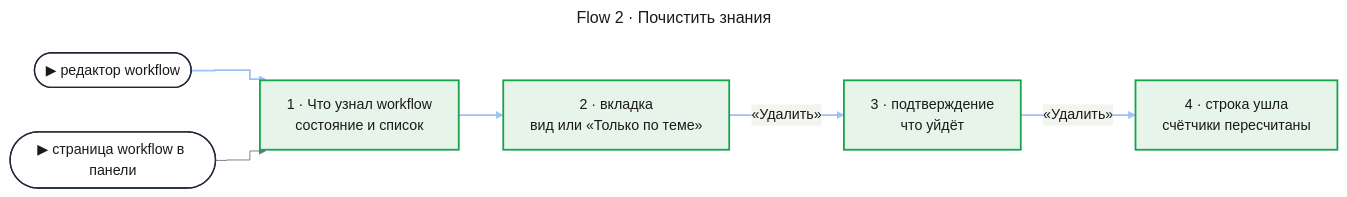
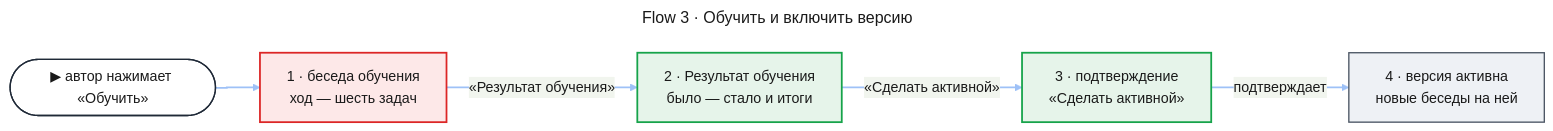
One commit to tundraray/agent-os changed the second of 3 diagrams in docs/features/self-learning/uxrd.md. Above: the diagram before and after it, drawn with Mermaid. The commit also changed other lines of this file and 1225 other files, not shown here.

````diff
--- a/docs/features/self-learning/uxrd.md
+++ b/docs/features/self-learning/uxrd.md
@@ -106,41 +109,43 @@
 ```mermaid
 ---
-title: "Flow 2 · Почистить знания"
+title: "Flow 3 · Обучить и включить версию"
 config:
   theme: base
   look: classic
   themeVariables:
     primaryColor: "#eef1f5"
     primaryBorderColor: "#4b5563"
     primaryTextColor: "#1a1a1a"
     lineColor: "#6b7280"
   flowchart:
     curve: step
   themeCSS: |
-    @keyframes litr_sl2{0%,22.5%{stroke:#1d4ed8;stroke-width:6px}25%,100%{stroke:#9ec1f7;stroke-width:2px}}
+    @keyframes litr_slf2{0%,22.5%{stroke:#1d4ed8;stroke-width:6px}25%,100%{stroke:#9ec1f7;stroke-width:2px}}
 ---
 flowchart LR
-    editor(["▶ редактор workflow"])
-    panel(["▶ страница workflow в панели"])
-    screen["1 · Что узнал workflow<br/>состояние и список"]
-    tab["2 · вкладка<br/>вид или «Только по теме»"]
-    confirm["3 · подтверждение<br/>что уйдёт"]
-    done["4 · строка ушла<br/>счётчики пересчитаны"]
-    editor e1@--> screen
-    panel --> screen
-    screen e2@--> tab
-    tab e3@-->|"«Удалить»"| confirm
-    confirm e4@-->|"«Удалить»"| done
+    entry(["▶ автор нажимает «Обучить»"])
+    conv["1 · беседа обучения<br/>ход — шесть задач"]
+    result["2 · Результат обучения<br/>было — стало и итоги"]
+    dialog["3 · подтверждение<br/>«Сделать активной»"]
+    active["4 · версия активна<br/>новые беседы на ней"]
+    entry e1@--> conv
+    conv e2@-->|"«Результат обучения»"| result
+    result e3@-->|"«Сделать активной»"| dialog
+    dialog e4@-->|"подтверждает"| active
     classDef entry fill:#ffffff,stroke:#1f2937,stroke-width:1.5px,color:#1a1a1a
+    classDef changed fill:#fde8e8,stroke:#dc2626,stroke-width:2px,color:#1a1a1a
     classDef new fill:#e6f4ea,stroke:#16a34a,stroke-width:2px,color:#1a1a1a
-    classDef r1 stroke:#9ec1f7,stroke-width:2px,animation:litr_sl2 4.8s linear 0s infinite
-    classDef r2 stroke:#9ec1f7,stroke-width:2px,animation:litr_sl2 4.8s linear 1.2s infinite
-    classDef r3 stroke:#9ec1f7,stroke-width:2px,animation:litr_sl2 4.8s linear 2.4s infinite
-    classDef r4 stroke:#9ec1f7,stroke-width:2px,animation:litr_sl2 4.8s linear 3.6s infinite
-    class editor,panel entry
-    class screen,tab,confirm,done new
+    classDef unchanged fill:#eef1f5,stroke:#4b5563,stroke-width:1.5px,color:#1a1a1a
+    classDef r1 stroke:#9ec1f7,stroke-width:2px,animation:litr_slf2 4.8s linear 0s infinite
+    classDef r2 stroke:#9ec1f7,stroke-width:2px,animation:litr_slf2 4.8s linear 1.2s infinite
+    classDef r3 stroke:#9ec1f7,stroke-width:2px,animation:litr_slf2 4.8s linear 2.4s infinite
+    classDef r4 stroke:#9ec1f7,stroke-width:2px,animation:litr_slf2 4.8s linear 3.6s infinite
+    class entry entry
+    class conv changed
+    class result,dialog new
+    class active unchanged
     class e1 r1
     class e2 r2
     class e3 r3
     class e4 r4
 ```
````
